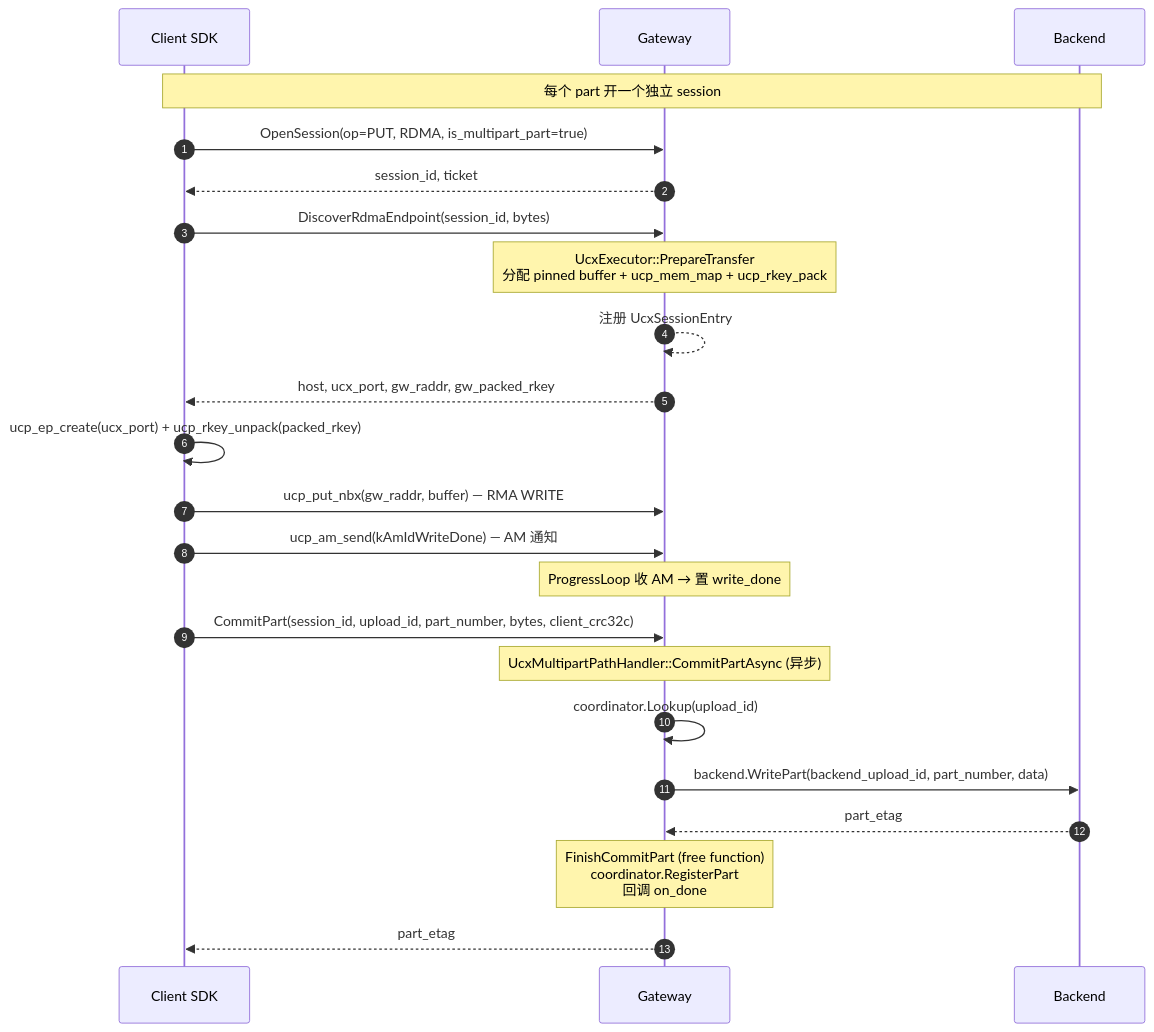
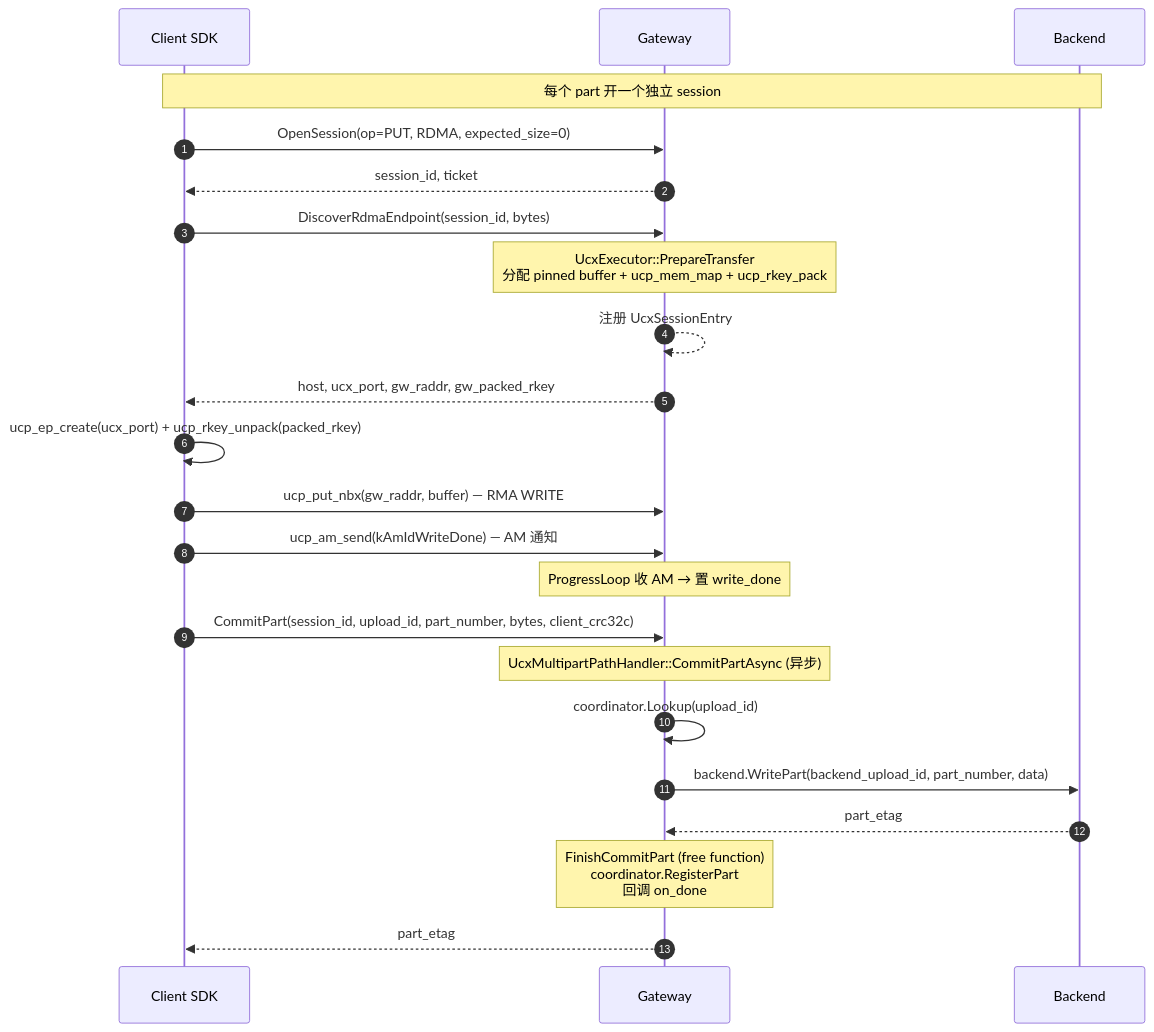
Before and after one commit to Starlight15/Us3TurboAccess: the fourth of 8 diagrams in docs/architecture.md, drawn with Mermaid. The commit also changed other lines of this file, not shown here.

````diff
--- a/docs/architecture.md
+++ b/docs/architecture.md
@@ -392,29 +391,29 @@
 ```mermaid
 sequenceDiagram
     autonumber
     participant SDK as Client SDK
     participant GW as Gateway
     participant BE as Backend
 
     Note over SDK,BE: 每个 part 开一个独立 session
-    SDK->>GW: OpenSession(op=PUT, RDMA, is_multipart_part=true)
+    SDK->>GW: OpenSession(op=PUT, RDMA, expected_size=0)
     GW-->>SDK: session_id, ticket
 
     SDK->>GW: DiscoverRdmaEndpoint(session_id, bytes)
     Note over GW: UcxExecutor::PrepareTransfer<br/>分配 pinned buffer + ucp_mem_map + ucp_rkey_pack
     GW-->>GW: 注册 UcxSessionEntry
     GW-->>SDK: host, ucx_port, gw_raddr, gw_packed_rkey
 
     SDK->>SDK: ucp_ep_create(ucx_port) + ucp_rkey_unpack(packed_rkey)
     SDK->>GW: ucp_put_nbx(gw_raddr, buffer) — RMA WRITE
     SDK->>GW: ucp_am_send(kAmIdWriteDone) — AM 通知
     Note over GW: ProgressLoop 收 AM → 置 write_done
 
     SDK->>GW: CommitPart(session_id, upload_id, part_number, bytes, client_crc32c)
     Note over GW: UcxMultipartPathHandler::CommitPartAsync (异步)
     GW->>GW: coordinator.Lookup(upload_id)
     GW->>BE: backend.WritePart(backend_upload_id, part_number, data)
     BE-->>GW: part_etag
     Note over GW: FinishCommitPart (free function)<br/>coordinator.RegisterPart<br/>回调 on_done
     GW-->>SDK: part_etag
 ```
````
